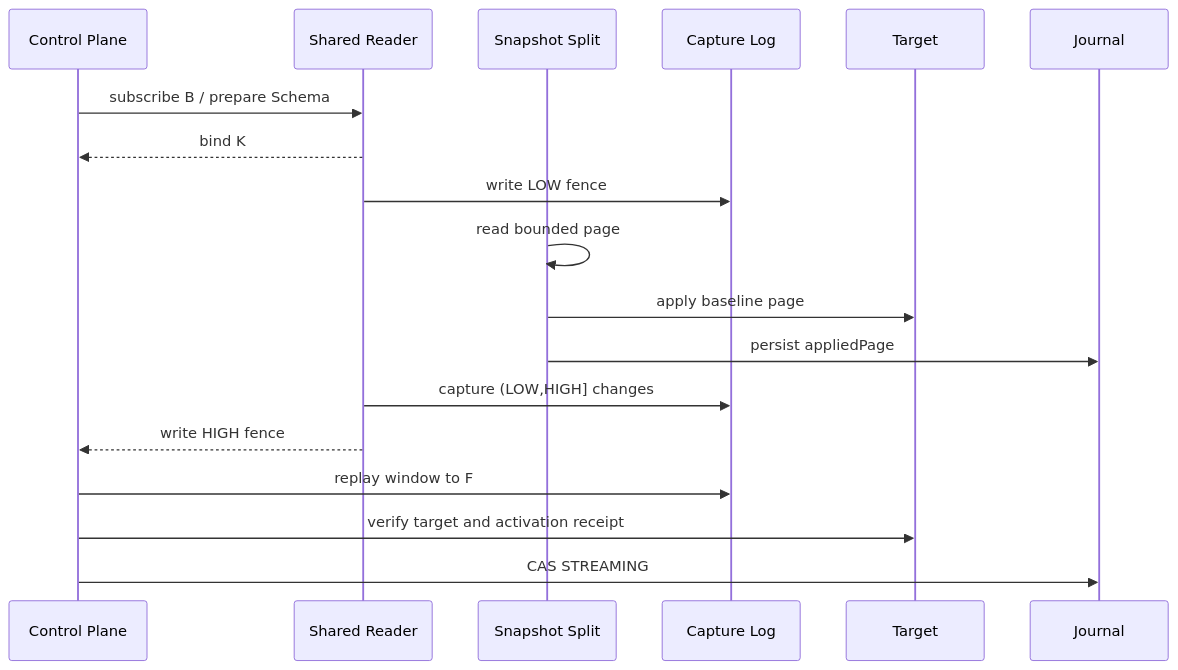
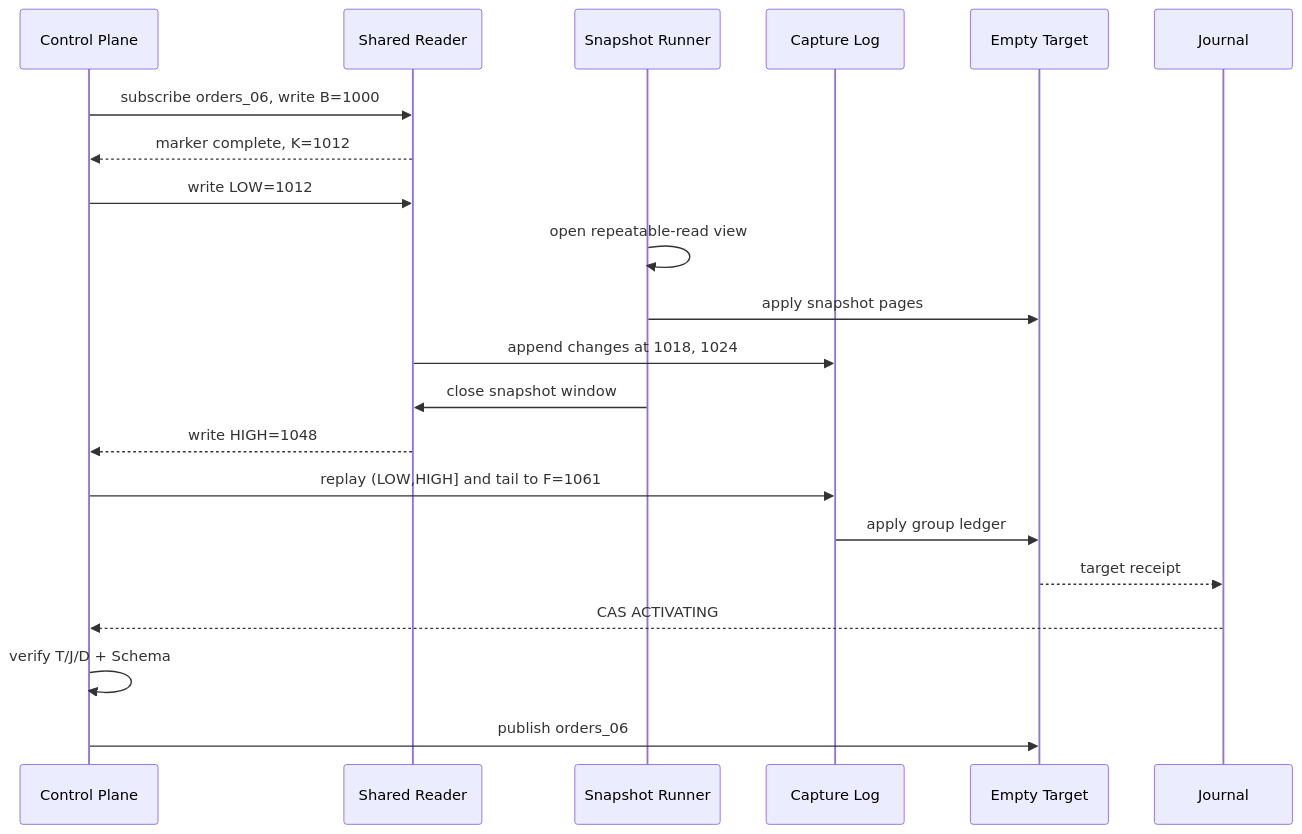
Before and after one commit to Xuxiaotuan/Xuxiaotuan.github.io: the second of 2 diagrams in _posts/pekko/2026-10-18-pekko-cdc-4-protocol-design.md, drawn with Mermaid. The commit also changed other lines of this file and 2 other files, not shown here.

````diff
--- a/_posts/pekko/2026-10-18-pekko-cdc-4-protocol-design.md
+++ b/_posts/pekko/2026-10-18-pekko-cdc-4-protocol-design.md
@@ -69,20 +105,23 @@
 ```mermaid
 sequenceDiagram
     participant C as Control Plane
     participant R as Shared Reader
-    participant S as Snapshot Split
+    participant S as Snapshot Runner
     participant L as Capture Log
-    participant T as Target
+    participant T as Empty Target
     participant J as Journal
-    C->>R: subscribe B / prepare Schema
-    R-->>C: bind K
-    R->>L: write LOW fence
-    S->>S: read bounded page
-    S->>T: apply baseline page
-    S->>J: persist appliedPage
-    R->>L: capture (LOW,HIGH] changes
-    R-->>C: write HIGH fence
-    C->>L: replay window to F
-    C->>T: verify target and activation receipt
-    C->>J: CAS STREAMING
+    C->>R: subscribe orders_06, write B=1000
+    R-->>C: marker complete, K=1012
+    C->>R: write LOW=1012
+    S->>S: open repeatable-read view
+    S->>T: apply snapshot pages
+    R->>L: append changes at 1018, 1024
+    S->>R: close snapshot window
+    R-->>C: write HIGH=1048
+    C->>L: replay (LOW,HIGH] and tail to F=1061
+    L->>T: apply group ledger
+    T-->>J: target receipt
+    J-->>C: CAS ACTIVATING
+    C->>C: verify T/J/D + Schema
+    C->>T: publish orders_06
 ```
````
